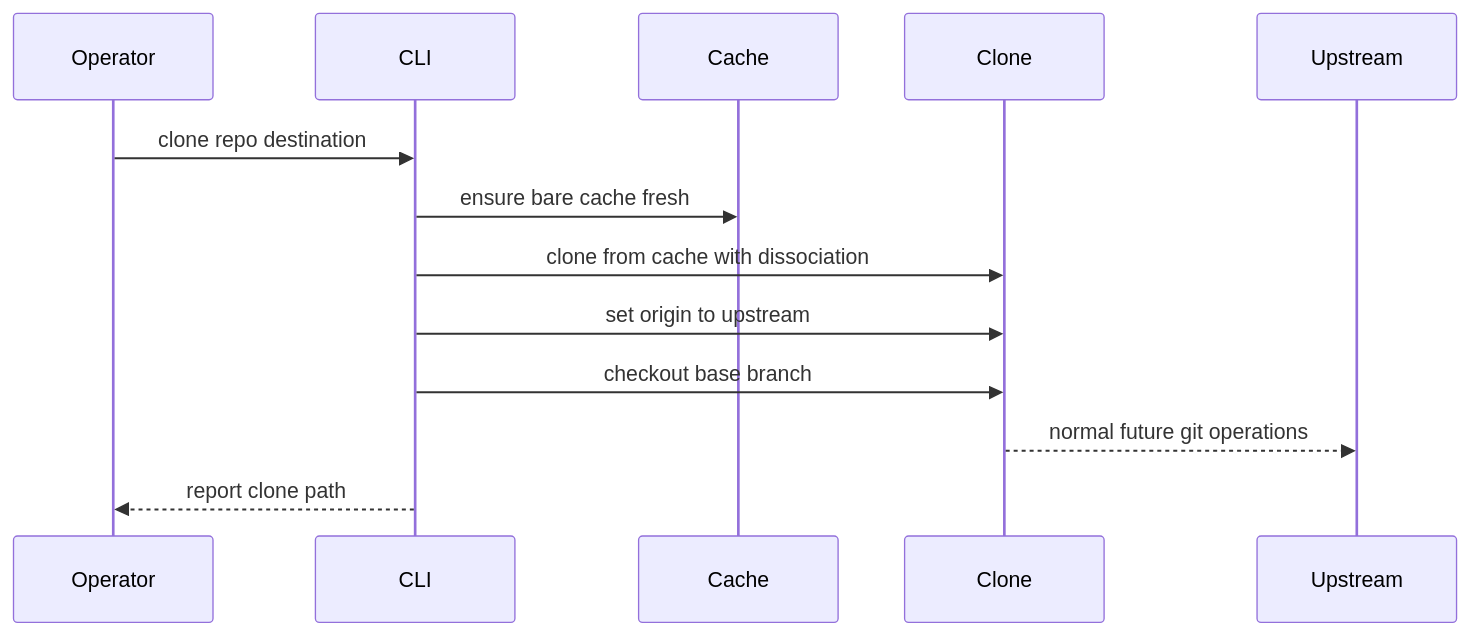
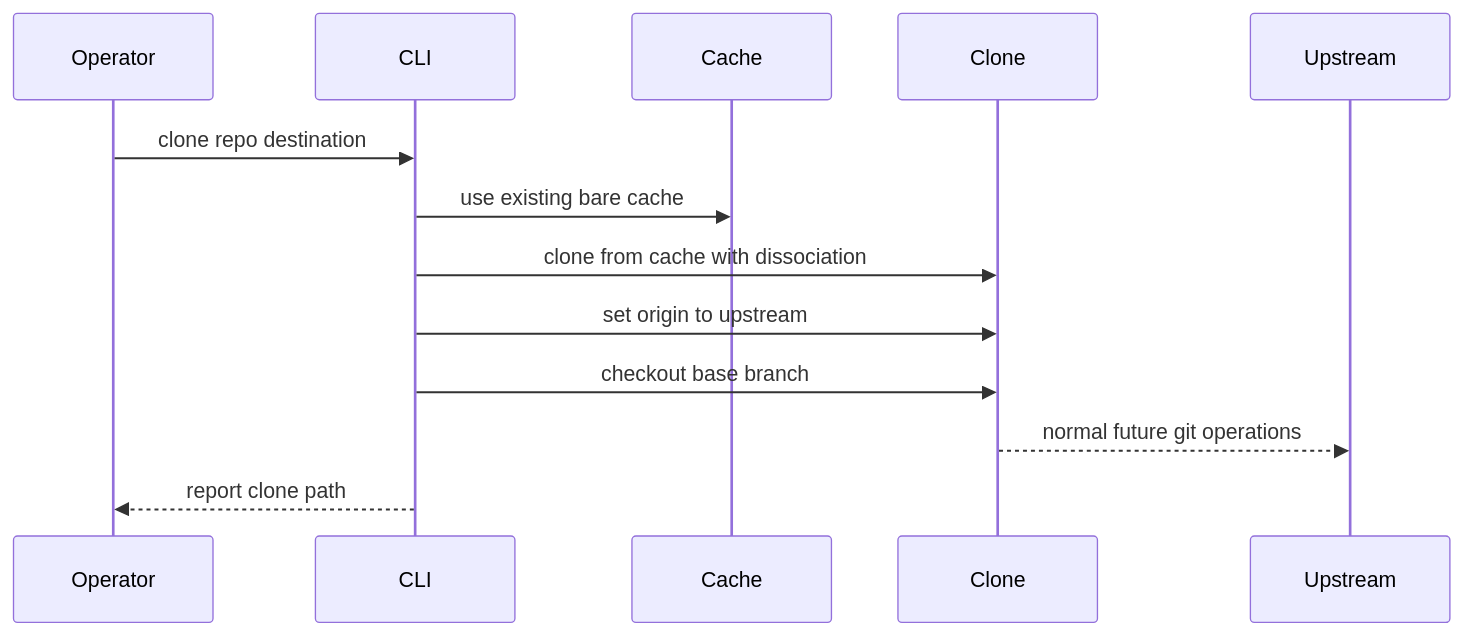
Before and after one commit to DWSR/nix-config: the third of 3 diagrams in .kiro/specs/git-clone-isolation/design.md, drawn with Mermaid. The commit also changed other lines of this file and 11 other files, not shown here.

````diff
--- a/.kiro/specs/git-clone-isolation/design.md
+++ b/.kiro/specs/git-clone-isolation/design.md
@@ -147,15 +147,15 @@
 ```mermaid
 sequenceDiagram
     participant Operator
     participant CLI
     participant Cache
     participant Clone
     participant Upstream
     Operator->>CLI: clone repo destination
-    CLI->>Cache: ensure bare cache fresh
+    CLI->>Cache: use existing bare cache
     CLI->>Clone: clone from cache with dissociation
     CLI->>Clone: set origin to upstream
     CLI->>Clone: checkout base branch
     Clone-->>Upstream: normal future git operations
     CLI-->>Operator: report clone path
 ```
````
